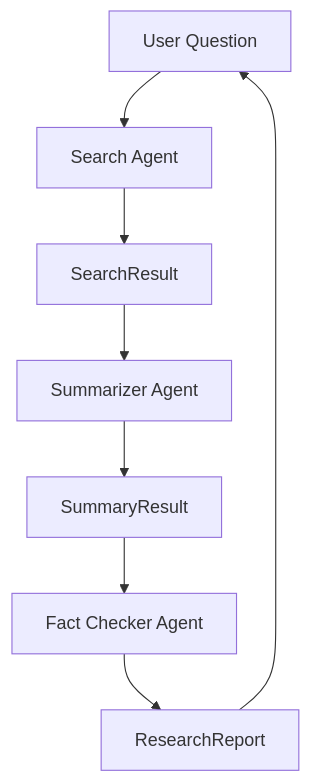
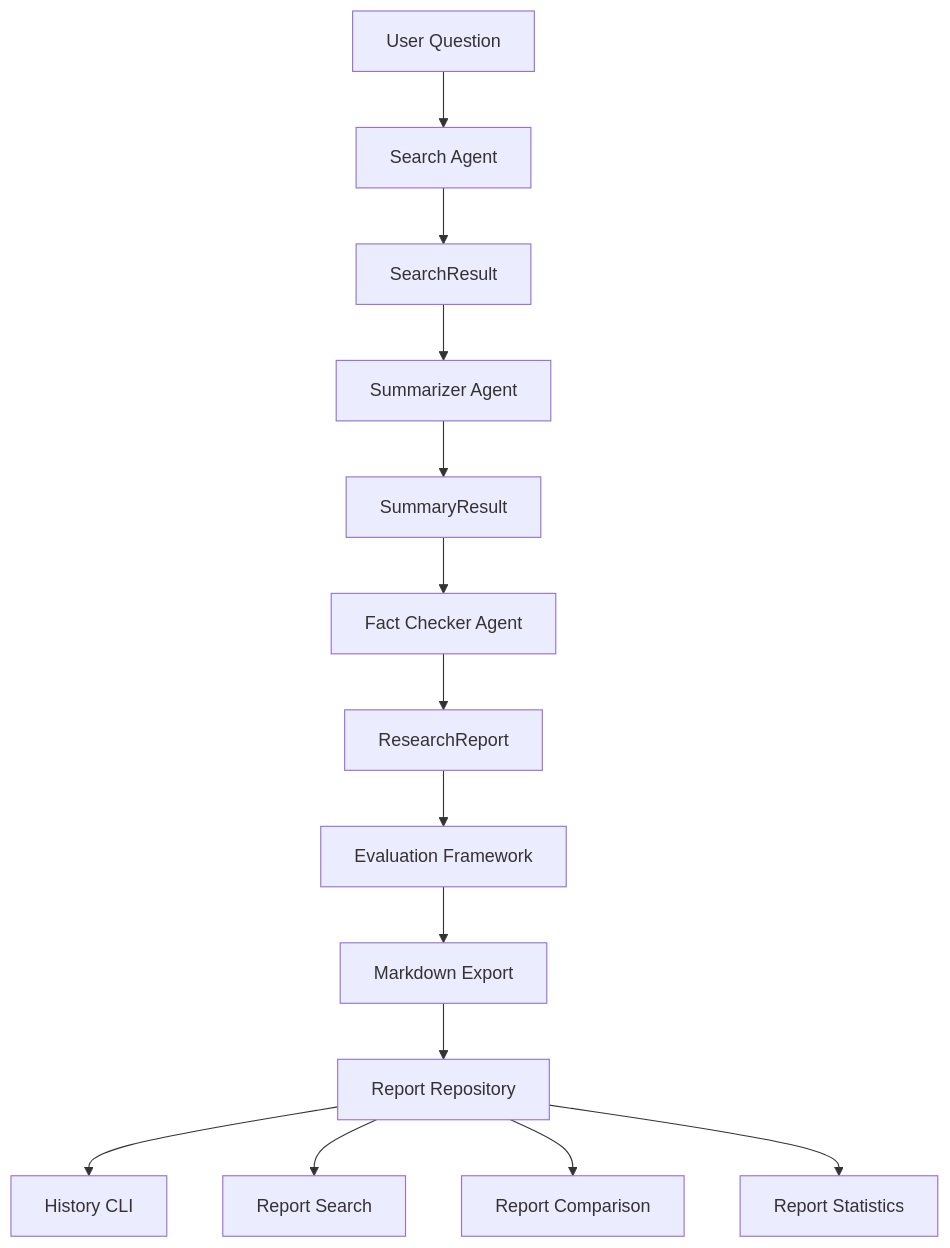
One commit to gtaltou/autonomous-ai-agents-hub changed the diagram in projects/research-assistant/README.md. Above: the diagram before and after it, drawn with Mermaid. The commit also changed other lines of this file and 14 other files, not shown here.

Commit message:
feat: add report statistics and real report filtering

````diff
--- a/projects/research-assistant/README.md
+++ b/projects/research-assistant/README.md
@@ -35,19 +45,31 @@
 ```mermaid
 flowchart TD
 
     User[User Question]
 
     User --> Search[Search Agent]
 
     Search --> SearchResult[SearchResult]
 
     SearchResult --> Summarizer[Summarizer Agent]
 
     Summarizer --> SummaryResult[SummaryResult]
 
     SummaryResult --> FactChecker[Fact Checker Agent]
 
     FactChecker --> ResearchReport[ResearchReport]
 
-    ResearchReport --> User
+    ResearchReport --> Evaluation[Evaluation Framework]
+
+    Evaluation --> Export[Markdown Export]
+
+    Export --> Repository[Report Repository]
+
+    Repository --> History[History CLI]
+
+    Repository --> SearchReports[Report Search]
+
+    Repository --> CompareReports[Report Comparison]
+
+    Repository --> Statistics[Report Statistics]
 ```
````
